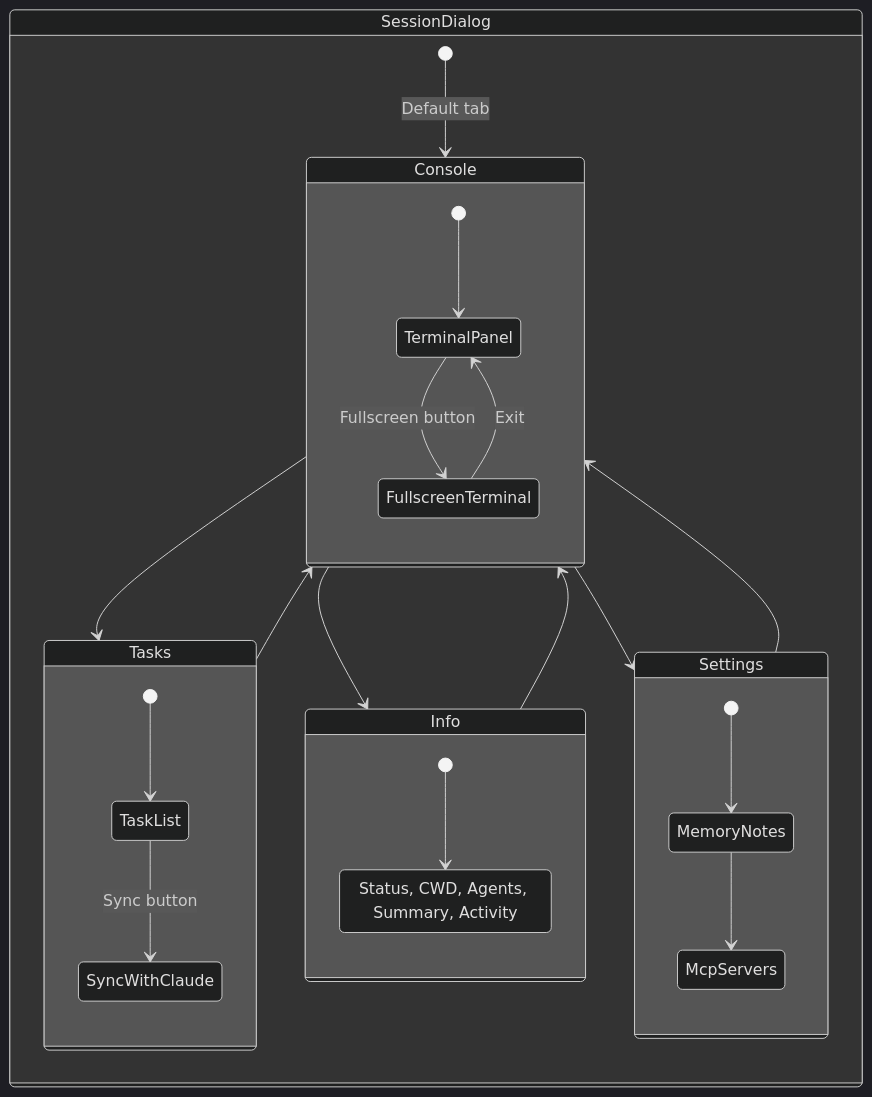
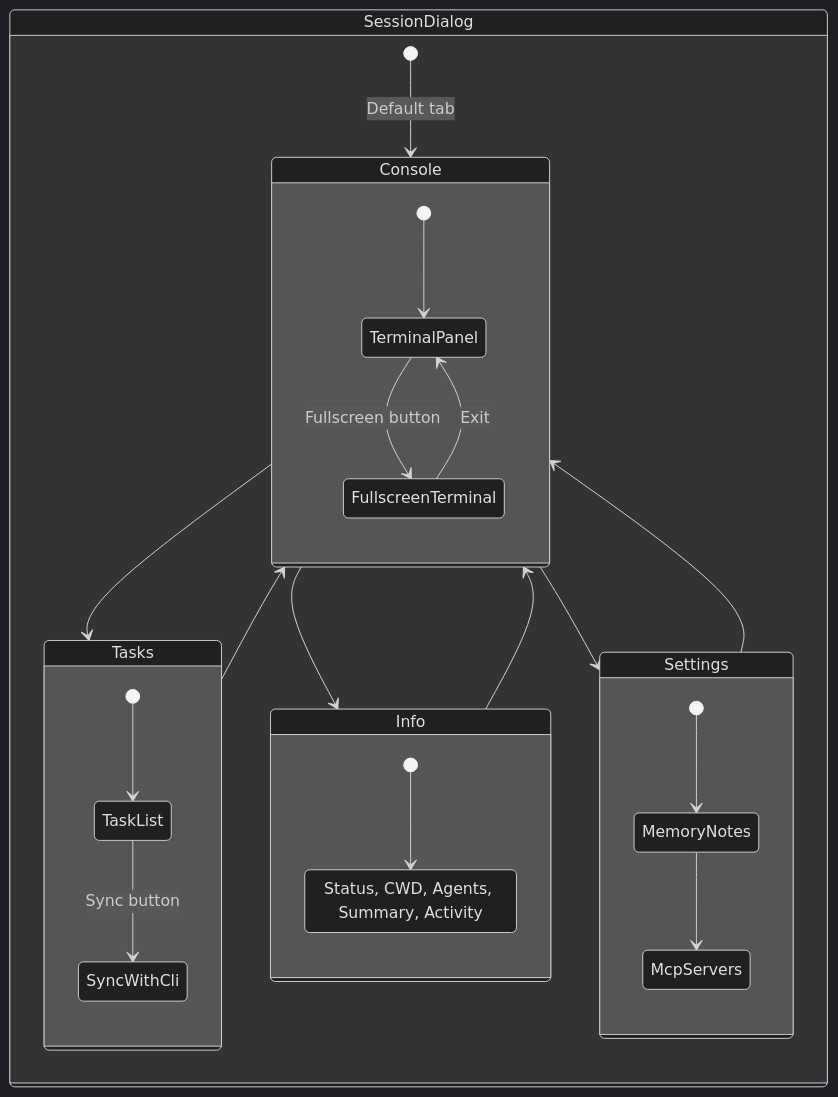
The fourth of 7 diagrams in docs/design/frontend-ui.md (Nahom-Kefelegne/AgentMatrix), drawn with Mermaid (dark theme) before and after one commit. The commit also changed other lines of this file and 14 other files, not shown here.

````diff
--- a/docs/design/frontend-ui.md
+++ b/docs/design/frontend-ui.md
@@ -175,33 +179,33 @@
 ```mermaid
 stateDiagram-v2
     state SessionDialog {
         [*] --> Console : Default tab
         Console --> Tasks
         Console --> Info
         Console --> Settings
         Tasks --> Console
         Info --> Console
         Settings --> Console
 
         state Console {
             [*] --> TerminalPanel
             TerminalPanel --> FullscreenTerminal : Fullscreen button
             FullscreenTerminal --> TerminalPanel : Exit
         }
 
         state Tasks {
             [*] --> TaskList
-            TaskList --> SyncWithClaude : Sync button
+            TaskList --> SyncWithCli : Sync button
         }
 
         state Info {
             [*] --> SessionDetails
             SessionDetails : Status, CWD, Agents, Summary, Activity
         }
 
         state Settings {
             [*] --> MemoryNotes
             MemoryNotes --> McpServers
         }
     }
 ```
````
